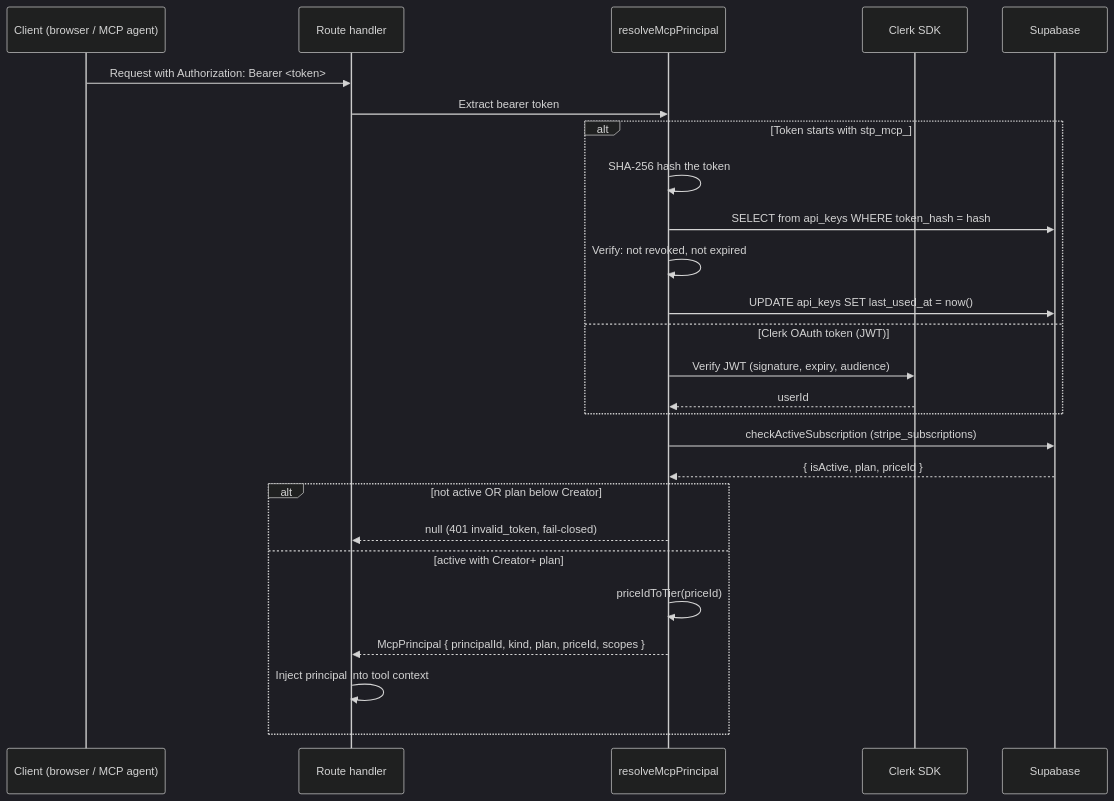
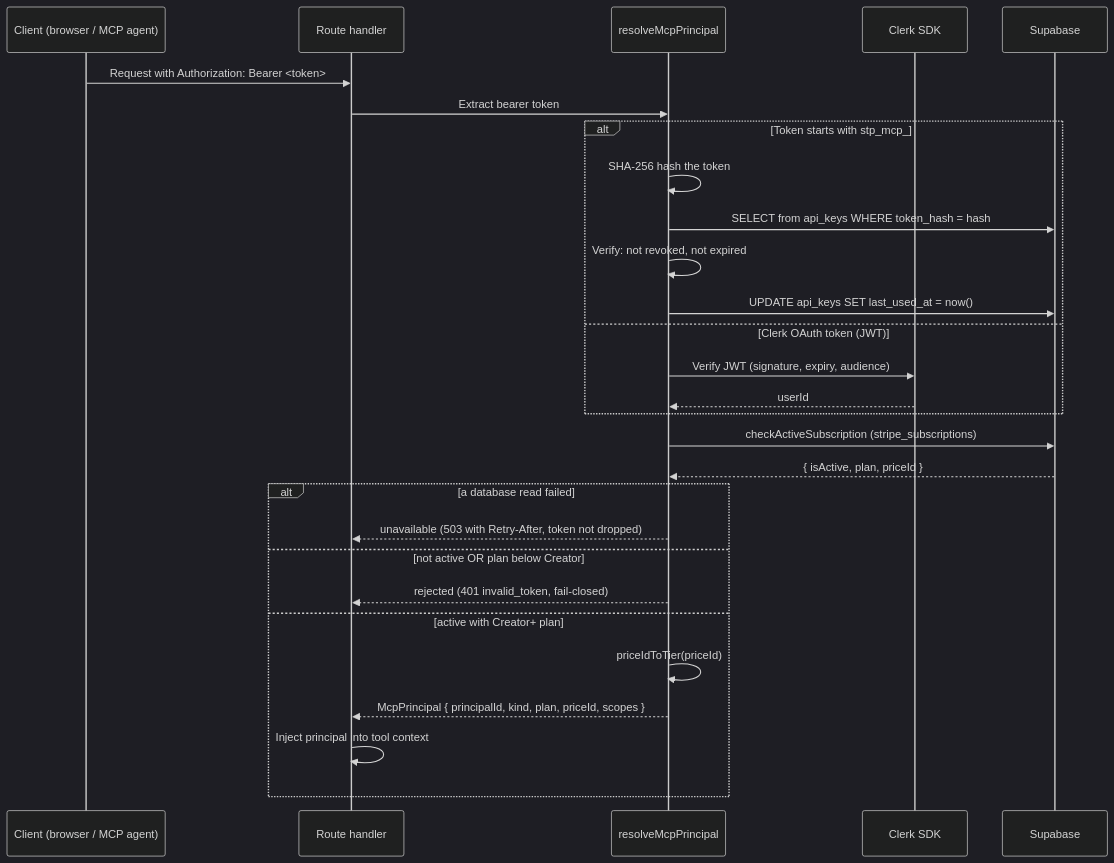
The second of 6 diagrams in docs/SECURITY.md (Andy00L/sharetopus), drawn with Mermaid (dark theme) before and after one commit. The commit also changed other lines of this file and 10 other files, not shown here.

````diff
--- a/docs/SECURITY.md
+++ b/docs/SECURITY.md
@@ -77,32 +77,34 @@
 ```mermaid
 sequenceDiagram
     participant C as Client (browser / MCP agent)
     participant R as Route handler
     participant A as resolveMcpPrincipal
     participant Clerk as Clerk SDK
     participant DB as Supabase
 
     C->>R: Request with Authorization: Bearer <token>
     R->>A: Extract bearer token
 
     alt Token starts with stp_mcp_
         A->>A: SHA-256 hash the token
         A->>DB: SELECT from api_keys WHERE token_hash = hash
         A->>A: Verify: not revoked, not expired
         A->>DB: UPDATE api_keys SET last_used_at = now()
     else Clerk OAuth token (JWT)
         A->>Clerk: Verify JWT (signature, expiry, audience)
         Clerk-->>A: userId
     end
 
     A->>DB: checkActiveSubscription (stripe_subscriptions)
     DB-->>A: { isActive, plan, priceId }
 
-    alt not active OR plan below Creator
-        A-->>R: null (401 invalid_token, fail-closed)
+    alt a database read failed
+        A-->>R: unavailable (503 with Retry-After, token not dropped)
+    else not active OR plan below Creator
+        A-->>R: rejected (401 invalid_token, fail-closed)
     else active with Creator+ plan
         A->>A: priceIdToTier(priceId)
         A-->>R: McpPrincipal { principalId, kind, plan, priceId, scopes }
         R->>R: Inject principal into tool context
     end
 ```
````
